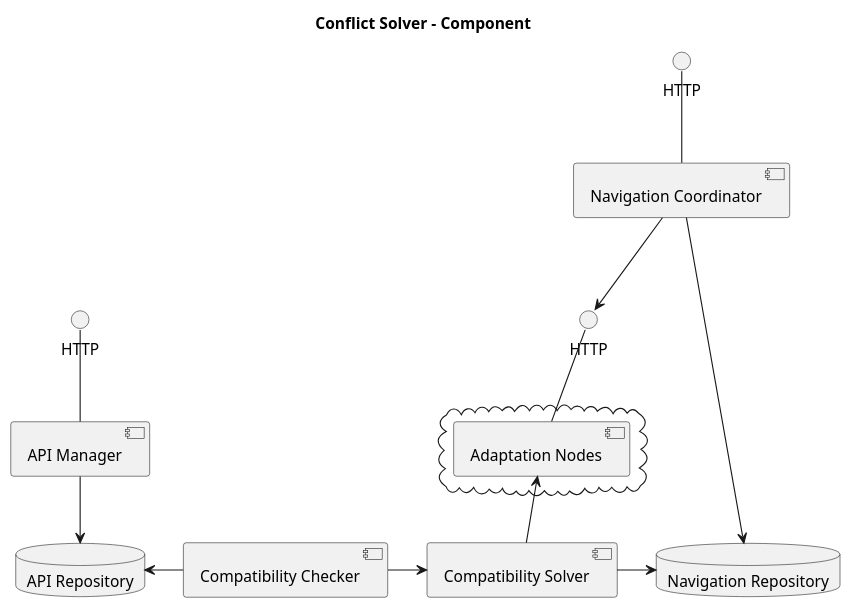
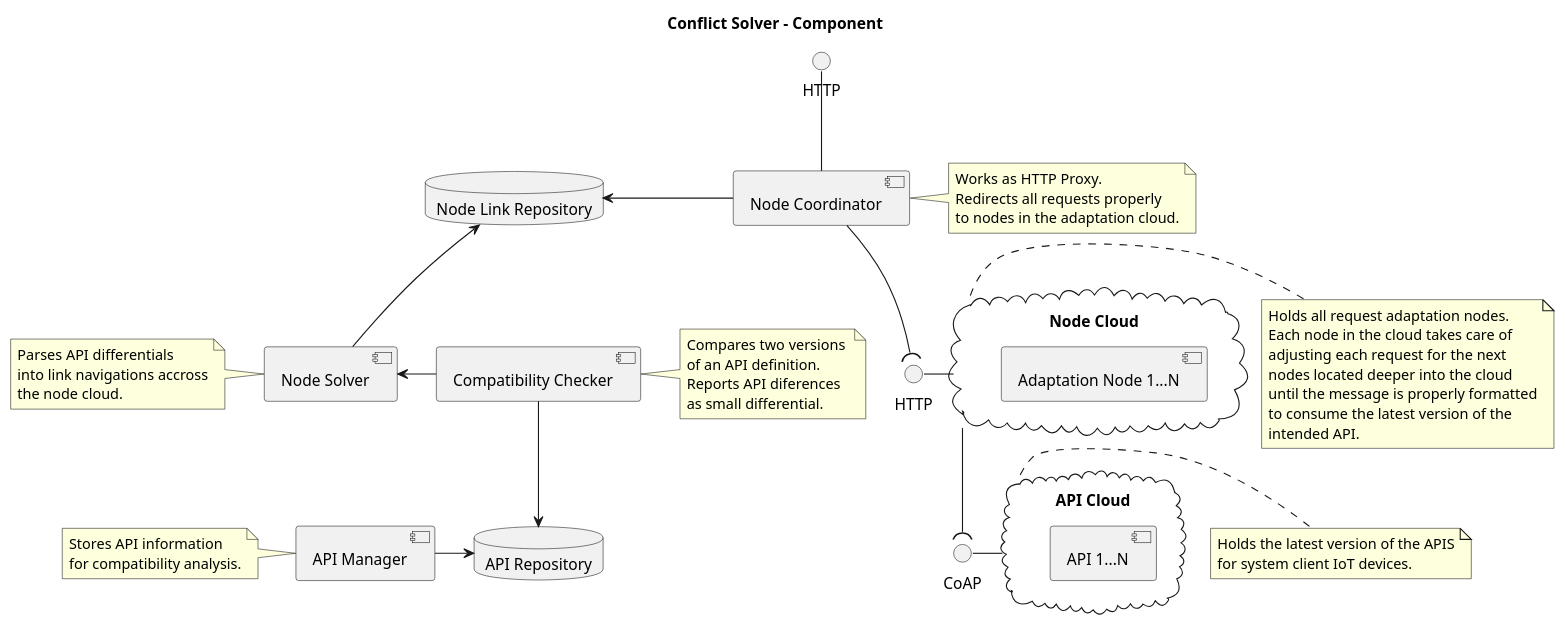
One commit to AndesRafa/IoT_Challenge8 changed the diagram in 06.Conflict_Solver/02.Solution_Architecture_Component.puml. Above: the diagram before and after it, drawn with PlantUML. The commit also changed 3 other files, not shown here.

Commit message:
Updated general architecture definition. Added Case Study OpenApi tree instance

```diff
--- a/06.Conflict_Solver/02.Solution_Architecture_Component.puml
+++ b/06.Conflict_Solver/02.Solution_Architecture_Component.puml
@@ -1,36 +1,89 @@
 @startuml
+
+'Title'
 title Conflict Solver - Component
 
+'Use UML2 icons'
+skinparam componentStyle uml2
+
+
 'Components'
-skinparam componentStyle uml2
 component "API Manager" as apimngr
 component "Compatibility Checker" as compchecker
-component "Compatibility Solver" as compsolver
-component "Navigation Coordinator" as navcor
+component "Node Solver" as nodesolver
+component "Node Coordinator" as nodecoor
+
 
 'Interfaces'
-interface "HTTP" as http_apimngr
-interface "HTTP" as http_navcor
-interface "HTTP" as http_apinodes
+interface "HTTP" as http_nodecoor
+interface "HTTP" as http_nodecloud
+interface "CoAP" as coap_apicloud
+
+
 
 'Clouds'
-cloud {
-    component "Adaptation Nodes" as apinodes
+cloud "Node Cloud" as nodecloud {
+    component "Adaptation Node 1...N" as apinodes
+}
+cloud "API Cloud" as apicloud {
+    component "API 1...N" as apis
 }
 
 'Repositories'
 database "API Repository" as apirep
-database "Navigation Repository" as navrep
+database "Node Link Repository" as noderep
+
 
 'Relations'
-http_apimngr -down- apimngr
-apimngr -down-> apirep
-apirep <-right- compchecker
-compsolver <-left- compchecker
-compsolver -right-> navrep
-navcor -down-> navrep
-http_navcor -down- navcor
-apinodes <-down- compsolver
-http_apinodes -down- apinodes
-navcor --> http_apinodes
+http_nodecoor -down- nodecoor
+nodecoor -left-> noderep
+nodecoor -down-( http_nodecloud
+http_nodecloud -right- nodecloud
+nodecloud -down-( coap_apicloud
+coap_apicloud -right- apicloud
+nodesolver -up-> noderep
+nodesolver <-right- compchecker
+compchecker -down-> apirep
+apimngr -right-> apirep
+
+'Notes'
+note right of nodecoor
+    Works as HTTP Proxy.
+    Redirects all requests properly
+    to nodes in the adaptation cloud.
+end note
+
+note right of compchecker
+    Compares two versions 
+    of an API definition.
+    Reports API diferences 
+    as small differential.
+end note
+
+note left of nodesolver
+    Parses API differentials
+    into link navigations accross
+    the node cloud.
+end note
+
+note left of apimngr
+    Stores API information
+    for compatibility analysis.
+end note
+
+note right of nodecloud
+    Holds all request adaptation nodes.
+    Each node in the cloud takes care of
+    adjusting each request for the next
+    nodes located deeper into the cloud
+    until the message is properly formatted
+    to consume the latest version of the
+    intended API.
+end note
+
+note right of apicloud
+    Holds the latest version of the APIS
+    for system client IoT devices.
+end note
+
 @enduml
```
